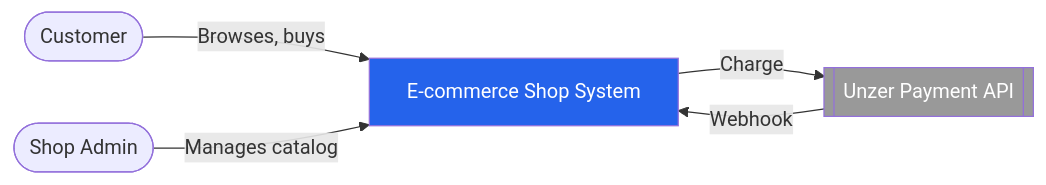
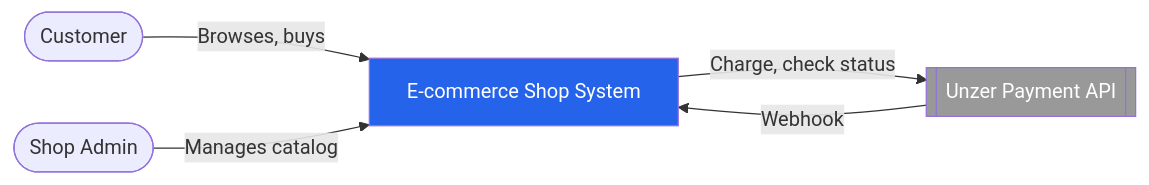
One commit to Keshav0781/unzer-ecommerce-assignment changed the first of 5 diagrams in ARCHITECTURE.md. Above: the diagram before and after it, drawn with Mermaid. The commit also changed other lines of this file and 7 other files, not shown here.

````diff
--- a/ARCHITECTURE.md
+++ b/ARCHITECTURE.md
@@ -21,10 +21,10 @@
 ```mermaid
 graph LR
     Customer([Customer]) -->|Browses, buys| System[E-commerce Shop System]
     Admin([Shop Admin]) -->|Manages catalog| System
-    System -->|Charge| Unzer[[Unzer Payment API]]
+    System -->|Charge, check status| Unzer[[Unzer Payment API]]
     Unzer -->|Webhook| System
 
     style Unzer fill:#999,color:#fff
     style System fill:#2563eb,color:#fff
 ```
````
